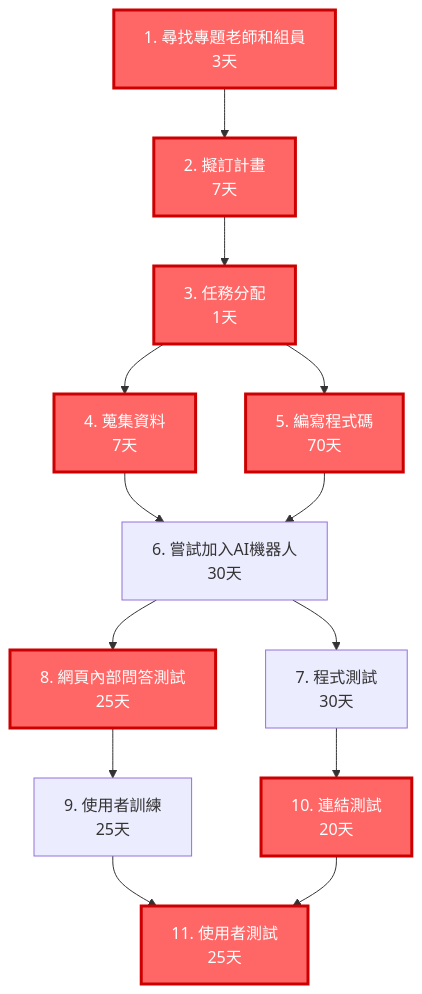
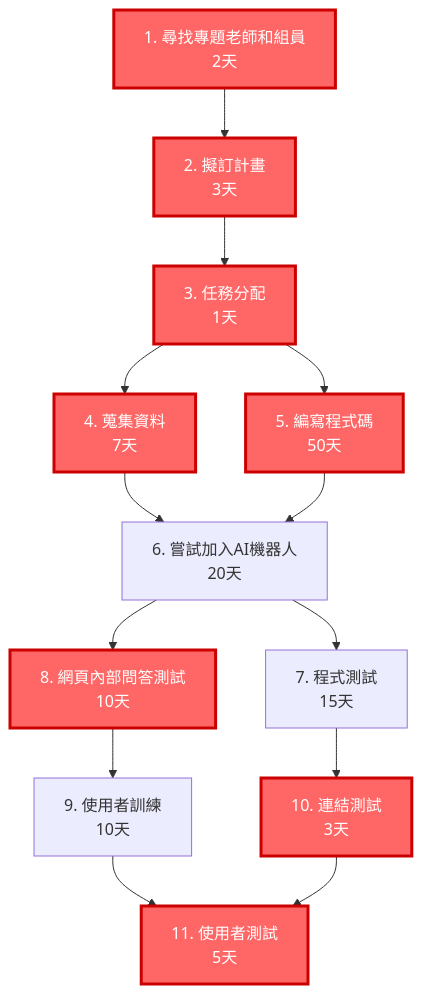
The first of 2 diagrams in hw2.md (c112118202-droid/-), drawn with Mermaid before and after one commit.

````diff
--- a/hw2.md
+++ b/hw2.md
@@ -9,19 +9,19 @@
 ```mermaid
 graph TD
-    A[1. 尋找專題老師和組員<br/>3天] --> B[2. 擬訂計畫<br/>7天]
+    A[1. 尋找專題老師和組員<br/>2天] --> B[2. 擬訂計畫<br/>3天]
     B --> C[3. 任務分配<br/>1天]
     C --> D[4. 蒐集資料<br/>7天]
-    C --> E[5. 編寫程式碼<br/>70天]
+    C --> E[5. 編寫程式碼<br/>50天]
     D --> G
-    E --> G[6. 嘗試加入AI機器人<br/>30天]
-    G --> H[7. 程式測試<br/>30天]
-    G --> I[8. 網頁內部問答測試<br/>25天]
-    I --> J[9. 使用者訓練<br/>25天]
-    H --> K[10. 連結測試<br/>20天]
-    J --> L[11. 使用者測試<br/>25天]
+    E --> G[6. 嘗試加入AI機器人<br/>20天]
+    G --> H[7. 程式測試<br/>15天]
+    G --> I[8. 網頁內部問答測試<br/>10天]
+    I --> J[9. 使用者訓練<br/>10天]
+    H --> K[10. 連結測試<br/>3天]
+    J --> L[11. 使用者測試<br/>5天]
     K --> L
     
     class A,B,C,D,E,F,I,K,L critical
     classDef critical fill:#ff6666,stroke:#cc0000,stroke-width:3px,color:#ffffff;
     classDef normal fill:#f0f0f0,stroke:#333,stroke-width:2px,color:#000000;
 ```
````
